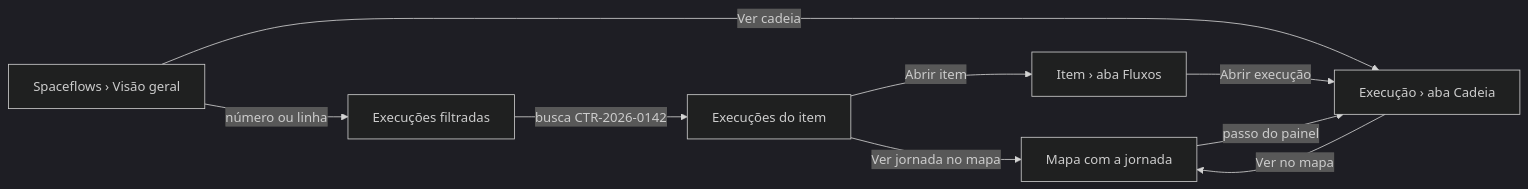
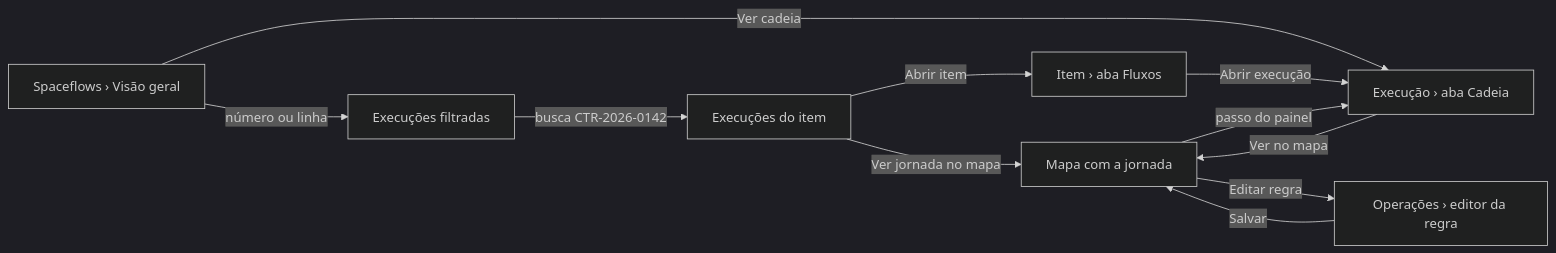
One commit to pernalombr4/prototipos changed the diagram in app/pages/central-de-execucoes/DECISOES.md. Above: the diagram before and after it, drawn with Mermaid (dark theme). The commit also changed other lines of this file and 19 other files, not shown here.

Commit message:
[PROTO] central-de-execucoes — rodada 2 — operações com regra lógica e CRUD: aba Operações, editor com prévia (motivo de cada fluxo, ligados de fora, exceções), mapa, visão geral, lista e cartões calculados pela regra

````diff
--- a/app/pages/central-de-execucoes/DECISOES.md
+++ b/app/pages/central-de-execucoes/DECISOES.md
@@ -17,11 +19,13 @@
 ```mermaid
 flowchart LR
     A["Spaceflows › Visão geral"] -->|"número ou linha"| B["Execuções filtradas"]
     A -->|"Ver cadeia"| D["Execução › aba Cadeia"]
     B -->|"busca CTR-2026-0142"| C["Execuções do item"]
     C -->|"Ver jornada no mapa"| M["Mapa com a jornada"]
     C -->|"Abrir item"| I["Item › aba Fluxos"]
     I -->|"Abrir execução"| D
     D -->|"Ver no mapa"| M
     M -->|"passo do painel"| D
+    M -->|"Editar regra"| O["Operações › editor da regra"]
+    O -->|"Salvar"| M
 ```
````
